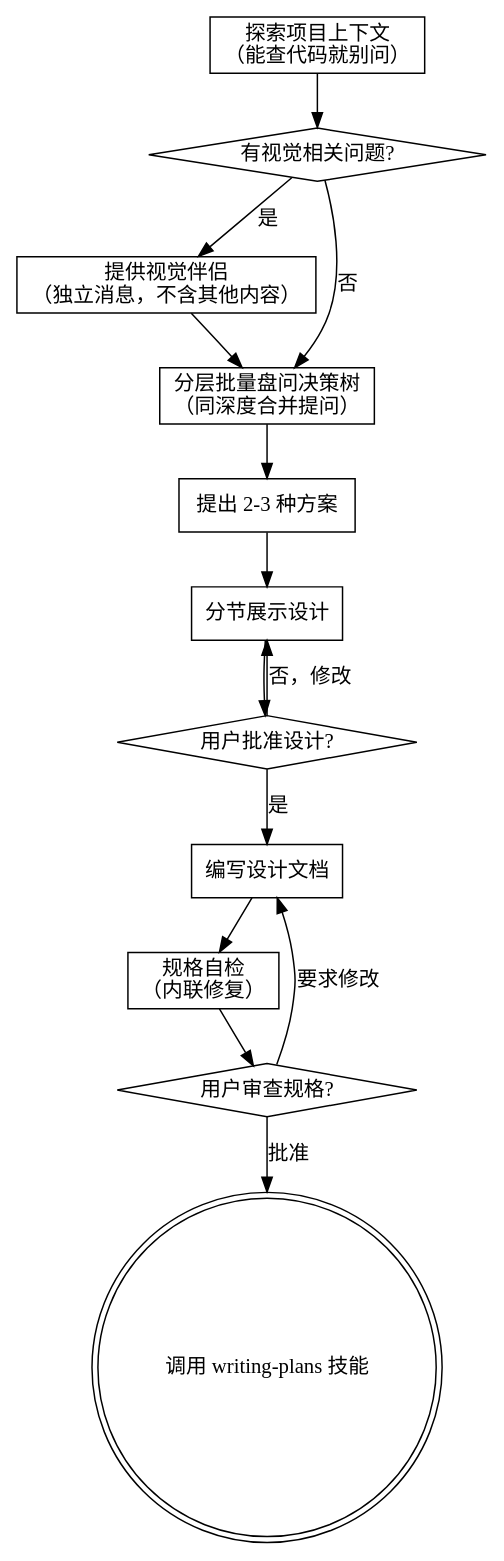
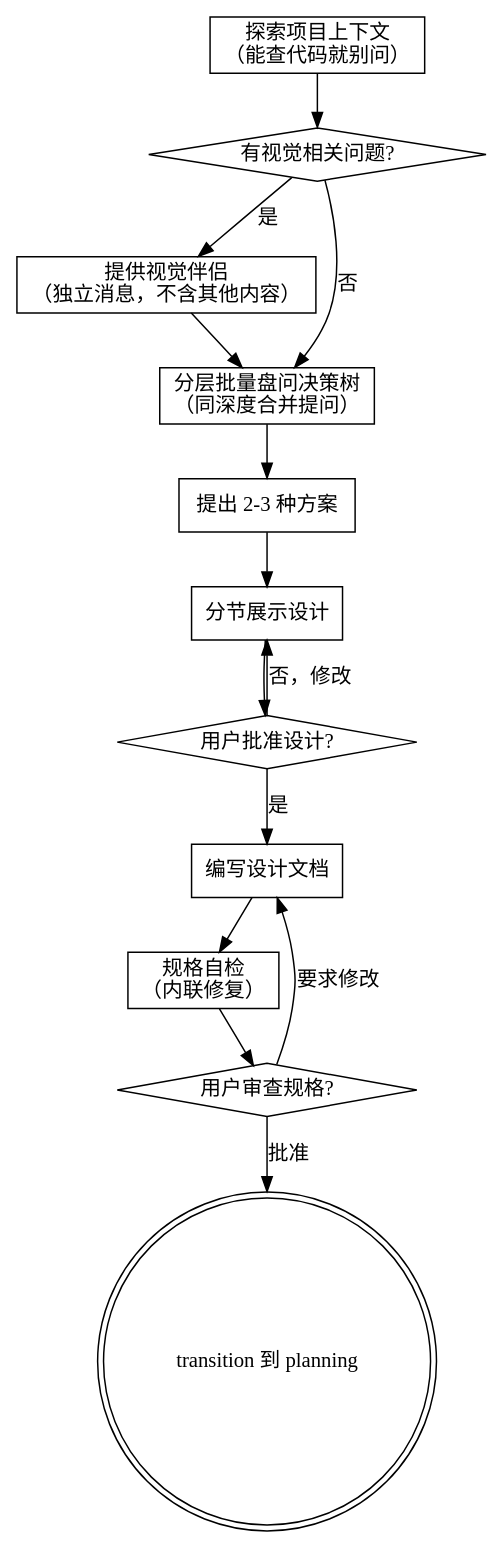
One commit to ShirlyTaylor73/superharness changed the diagram in plugins/superharness/skills/brainstorming/SKILL.md. Above: the diagram before and after it, drawn with Graphviz. The commit also changed other lines of this file, not shown here.

First line of the commit message:
refactor(skills): T7 sync brainstorming refs to renamed planning skill

````diff
--- a/plugins/superharness/skills/brainstorming/SKILL.md
+++ b/plugins/superharness/skills/brainstorming/SKILL.md
@@ -47,29 +47,29 @@
 ```dot
 digraph brainstorming {
     "探索项目上下文\n（能查代码就别问）" [shape=box];
     "有视觉相关问题?" [shape=diamond];
     "提供视觉伴侣\n（独立消息，不含其他内容）" [shape=box];
     "分层批量盘问决策树\n（同深度合并提问）" [shape=box];
     "提出 2-3 种方案" [shape=box];
     "分节展示设计" [shape=box];
     "用户批准设计?" [shape=diamond];
     "编写设计文档" [shape=box];
     "规格自检\n（内联修复）" [shape=box];
     "用户审查规格?" [shape=diamond];
-    "调用 writing-plans 技能" [shape=doublecircle];
+    "transition 到 planning" [shape=doublecircle];
 
     "探索项目上下文\n（能查代码就别问）" -> "有视觉相关问题?";
     "有视觉相关问题?" -> "提供视觉伴侣\n（独立消息，不含其他内容）" [label="是"];
     "有视觉相关问题?" -> "分层批量盘问决策树\n（同深度合并提问）" [label="否"];
     "提供视觉伴侣\n（独立消息，不含其他内容）" -> "分层批量盘问决策树\n（同深度合并提问）";
     "分层批量盘问决策树\n（同深度合并提问）" -> "提出 2-3 种方案";
     "提出 2-3 种方案" -> "分节展示设计";
     "分节展示设计" -> "用户批准设计?";
     "用户批准设计?" -> "分节展示设计" [label="否，修改"];
     "用户批准设计?" -> "编写设计文档" [label="是"];
     "编写设计文档" -> "规格自检\n（内联修复）";
     "规格自检\n（内联修复）" -> "用户审查规格?";
     "用户审查规格?" -> "编写设计文档" [label="要求修改"];
-    "用户审查规格?" -> "调用 writing-plans 技能" [label="批准"];
+    "用户审查规格?" -> "transition 到 planning" [label="批准"];
 }
 ```
````
